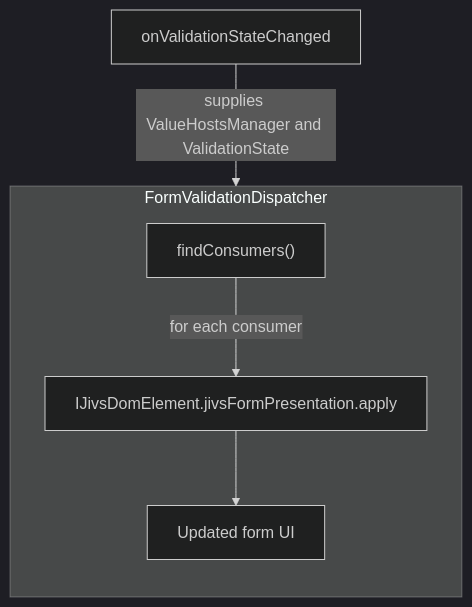
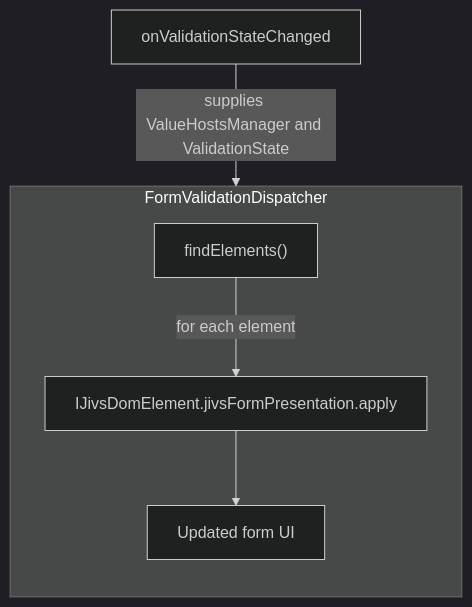
The sixth of 13 diagrams in planning/Jivs-DOM_Implementation_Design.md (plblum/jivs), drawn with Mermaid (dark theme) before and after one commit. The commit also changed other lines of this file and 26 other files, not shown here.

````diff
--- a/planning/Jivs-DOM_Implementation_Design.md
+++ b/planning/Jivs-DOM_Implementation_Design.md
@@ -209,17 +209,17 @@
 ```mermaid
 flowchart TB
     CALLBACK["onValidationStateChanged"]
 
     subgraph DISPATCHER["FormValidationDispatcher"]
         direction TB
 
-        FIND["findConsumers()"]
+        FIND["findElements()"]
         APPLY["IJivsDomElement.jivsFormPresentation.apply"]
         FORM_UI["Updated form UI"]
 
-        FIND -->|"for each consumer"| APPLY
+        FIND -->|"for each element"| APPLY
         APPLY --> FORM_UI
     end
 
     CALLBACK -->|"supplies ValueHostsManager and ValidationState"| DISPATCHER
 ```
````
